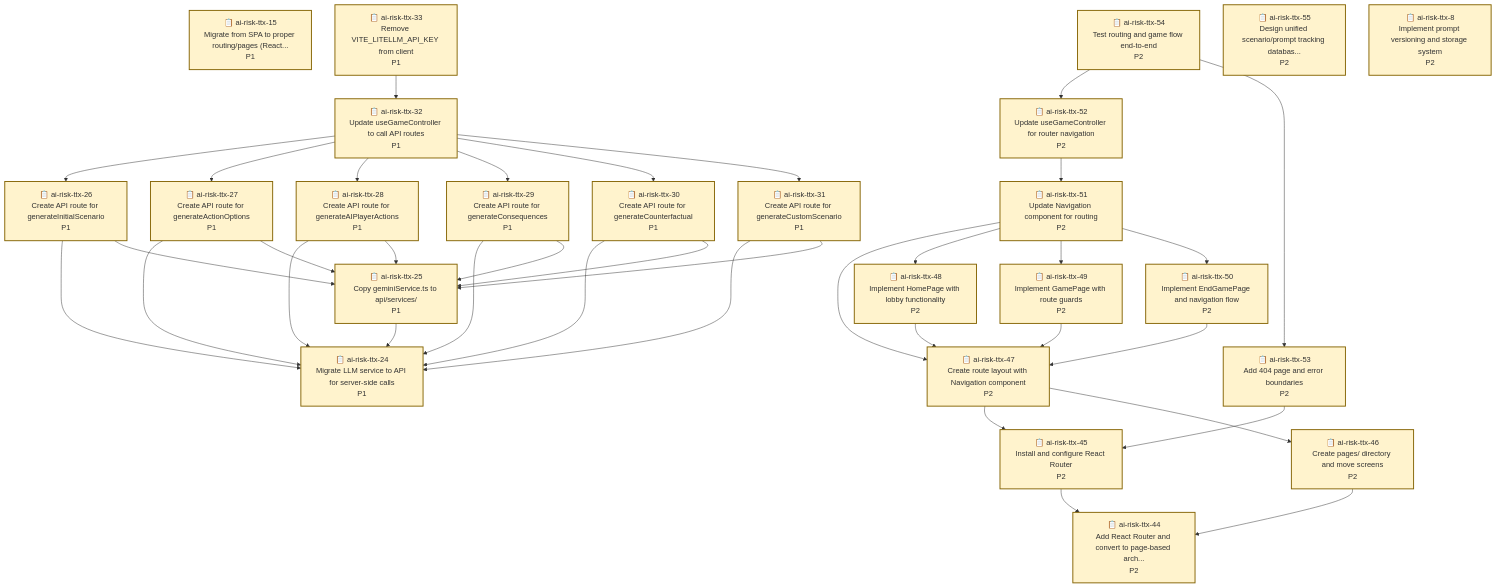
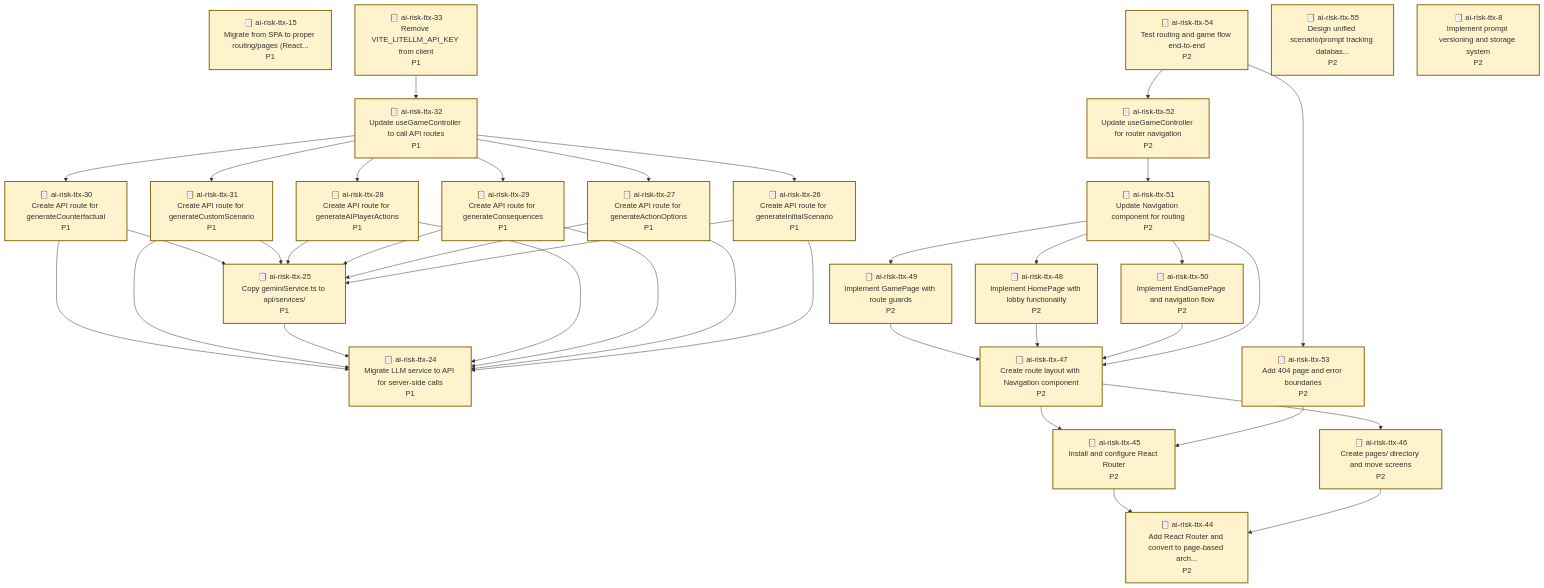
One commit to bhi5hmaraj/ai-risk-ttx changed the diagram in .beads/graph.md. Above: the diagram before and after it, drawn with Mermaid. The commit also changed other lines of this file and 3 other files, not shown here.

````diff
--- a/.beads/graph.md
+++ b/.beads/graph.md
@@ -49,39 +49,39 @@
     ai-risk-ttx-8["📋 ai-risk-ttx-8<br/>Implement prompt versioning and storage system<br/>P2"]
     style ai-risk-ttx-8 fill:#fff3cd,stroke:#856404,stroke-width:2px
 
+    ai-risk-ttx-54 --> ai-risk-ttx-52
+    ai-risk-ttx-54 --> ai-risk-ttx-53
     ai-risk-ttx-33 --> ai-risk-ttx-32
-    ai-risk-ttx-28 --> ai-risk-ttx-24
-    ai-risk-ttx-28 --> ai-risk-ttx-25
+    ai-risk-ttx-30 --> ai-risk-ttx-24
+    ai-risk-ttx-30 --> ai-risk-ttx-25
+    ai-risk-ttx-49 --> ai-risk-ttx-47
     ai-risk-ttx-31 --> ai-risk-ttx-24
     ai-risk-ttx-31 --> ai-risk-ttx-25
-    ai-risk-ttx-45 --> ai-risk-ttx-44
-    ai-risk-ttx-52 --> ai-risk-ttx-51
-    ai-risk-ttx-27 --> ai-risk-ttx-24
-    ai-risk-ttx-27 --> ai-risk-ttx-25
-    ai-risk-ttx-51 --> ai-risk-ttx-47
-    ai-risk-ttx-51 --> ai-risk-ttx-48
-    ai-risk-ttx-51 --> ai-risk-ttx-49
-    ai-risk-ttx-51 --> ai-risk-ttx-50
+    ai-risk-ttx-25 --> ai-risk-ttx-24
     ai-risk-ttx-48 --> ai-risk-ttx-47
-    ai-risk-ttx-30 --> ai-risk-ttx-24
-    ai-risk-ttx-30 --> ai-risk-ttx-25
-    ai-risk-ttx-47 --> ai-risk-ttx-45
-    ai-risk-ttx-47 --> ai-risk-ttx-46
-    ai-risk-ttx-29 --> ai-risk-ttx-24
-    ai-risk-ttx-29 --> ai-risk-ttx-25
-    ai-risk-ttx-46 --> ai-risk-ttx-44
-    ai-risk-ttx-49 --> ai-risk-ttx-47
-    ai-risk-ttx-54 --> ai-risk-ttx-52
-    ai-risk-ttx-54 --> ai-risk-ttx-53
-    ai-risk-ttx-26 --> ai-risk-ttx-24
-    ai-risk-ttx-26 --> ai-risk-ttx-25
-    ai-risk-ttx-50 --> ai-risk-ttx-47
     ai-risk-ttx-32 --> ai-risk-ttx-26
     ai-risk-ttx-32 --> ai-risk-ttx-27
     ai-risk-ttx-32 --> ai-risk-ttx-28
     ai-risk-ttx-32 --> ai-risk-ttx-29
     ai-risk-ttx-32 --> ai-risk-ttx-30
     ai-risk-ttx-32 --> ai-risk-ttx-31
-    ai-risk-ttx-25 --> ai-risk-ttx-24
+    ai-risk-ttx-28 --> ai-risk-ttx-24
+    ai-risk-ttx-28 --> ai-risk-ttx-25
+    ai-risk-ttx-45 --> ai-risk-ttx-44
+    ai-risk-ttx-50 --> ai-risk-ttx-47
+    ai-risk-ttx-51 --> ai-risk-ttx-47
+    ai-risk-ttx-51 --> ai-risk-ttx-48
+    ai-risk-ttx-51 --> ai-risk-ttx-49
+    ai-risk-ttx-51 --> ai-risk-ttx-50
+    ai-risk-ttx-29 --> ai-risk-ttx-24
+    ai-risk-ttx-29 --> ai-risk-ttx-25
+    ai-risk-ttx-27 --> ai-risk-ttx-24
+    ai-risk-ttx-27 --> ai-risk-ttx-25
+    ai-risk-ttx-47 --> ai-risk-ttx-45
+    ai-risk-ttx-47 --> ai-risk-ttx-46
     ai-risk-ttx-53 --> ai-risk-ttx-45
+    ai-risk-ttx-26 --> ai-risk-ttx-24
+    ai-risk-ttx-26 --> ai-risk-ttx-25
+    ai-risk-ttx-46 --> ai-risk-ttx-44
+    ai-risk-ttx-52 --> ai-risk-ttx-51
 ```
````
